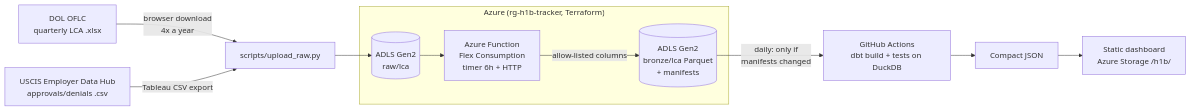
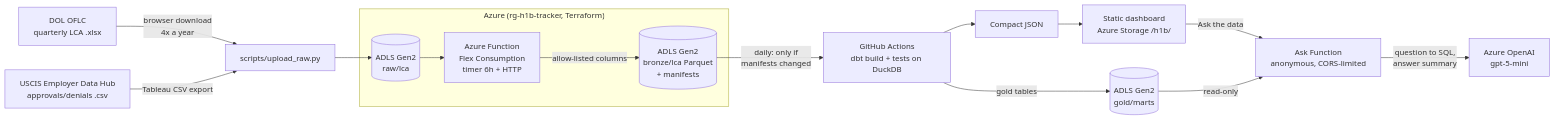
The diagram in README.md (srikanthmannepalli0502-cmyk/h1b-job-market-tracker), drawn with Mermaid before and after one commit. The commit also changed other lines of this file and 22 other files, not shown here.

First line of the commit message:
Add "Ask the data" assistant (Azure OpenAI, guarded SQL)

````diff
--- a/README.md
+++ b/README.md
@@ -51,15 +51,19 @@
 ```mermaid
 flowchart LR
     DOL[DOL OFLC<br/>quarterly LCA .xlsx] -->|browser download<br/>4x a year| UP[scripts/upload_raw.py]
     USCIS[USCIS Employer Data Hub<br/>approvals/denials .csv] -->|Tableau CSV export| UP
     subgraph Azure["Azure (rg-h1b-tracker, Terraform)"]
         RAW[(ADLS Gen2<br/>raw/lca)]
         FN[Azure Function<br/>Flex Consumption<br/>timer 6h + HTTP]
         BRONZE[(ADLS Gen2<br/>bronze/lca Parquet<br/>+ manifests)]
         RAW --> FN -->|allow-listed columns| BRONZE
     end
     UP --> RAW
     BRONZE -->|daily: only if<br/>manifests changed| GHA[GitHub Actions<br/>dbt build + tests on DuckDB]
     GHA --> JSON[Compact JSON]
     JSON --> WEB[Static dashboard<br/>Azure Storage /h1b/]
+    GHA -->|gold tables| GOLD[(ADLS Gen2<br/>gold/marts)]
+    WEB -->|"Ask the data"| ASK[Ask Function<br/>anonymous, CORS-limited]
+    ASK -->|question to SQL,<br/>answer summary| AOAI[Azure OpenAI<br/>gpt-5-mini]
+    GOLD -->|read-only| ASK
 ```
````
